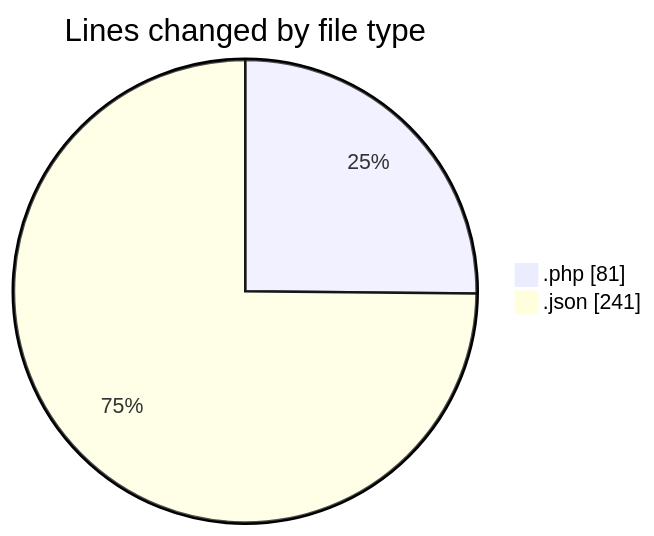
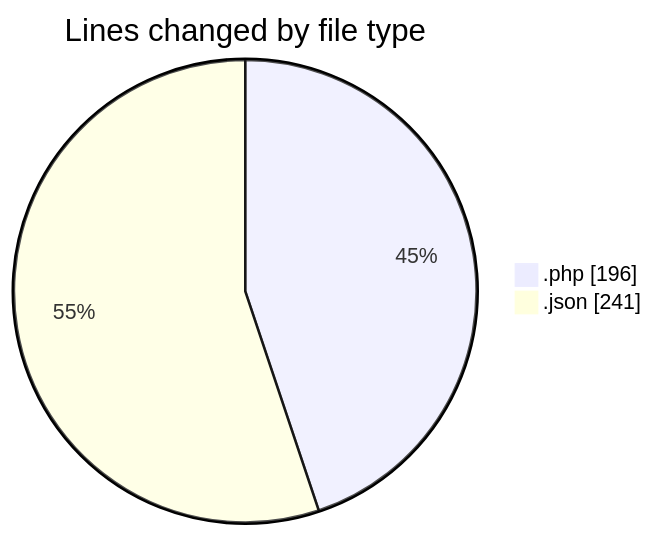
The first of 2 diagrams in 2025-03-30/autodidak/README.md (idhammustaqopulfikri/code-tracking), drawn with Mermaid before and after one commit. The commit also changed other lines of this file and 1 other file, not shown here.

````diff
--- a/2025-03-30/autodidak/README.md
+++ b/2025-03-30/autodidak/README.md
@@ -23,6 +24,6 @@
 ```mermaid
 pie showData
 title Lines changed by file type
-".php" : 81
+".php" : 196
 ".json" : 241
 ```
````
